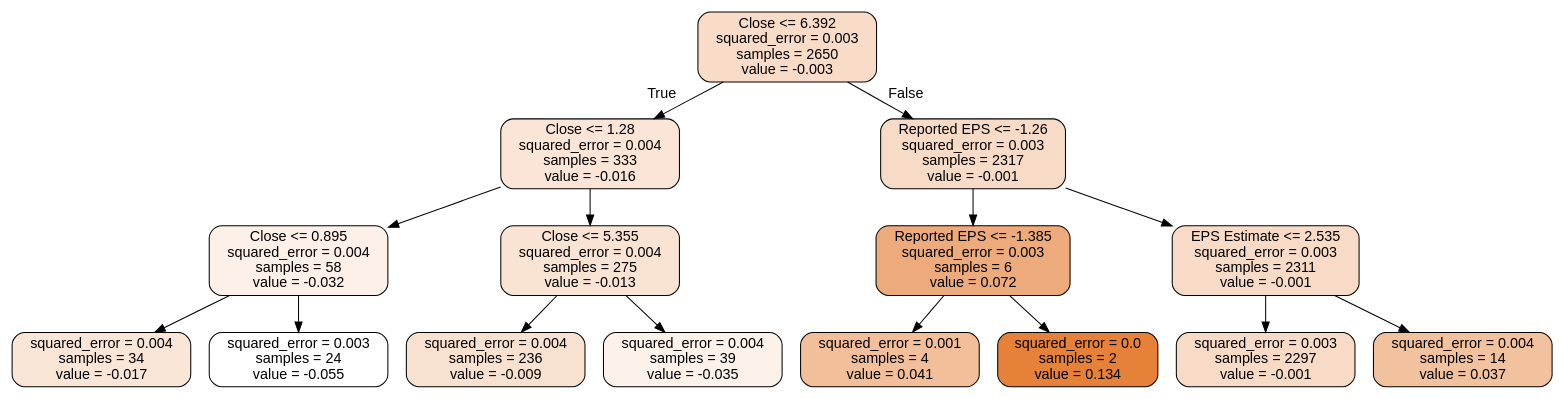
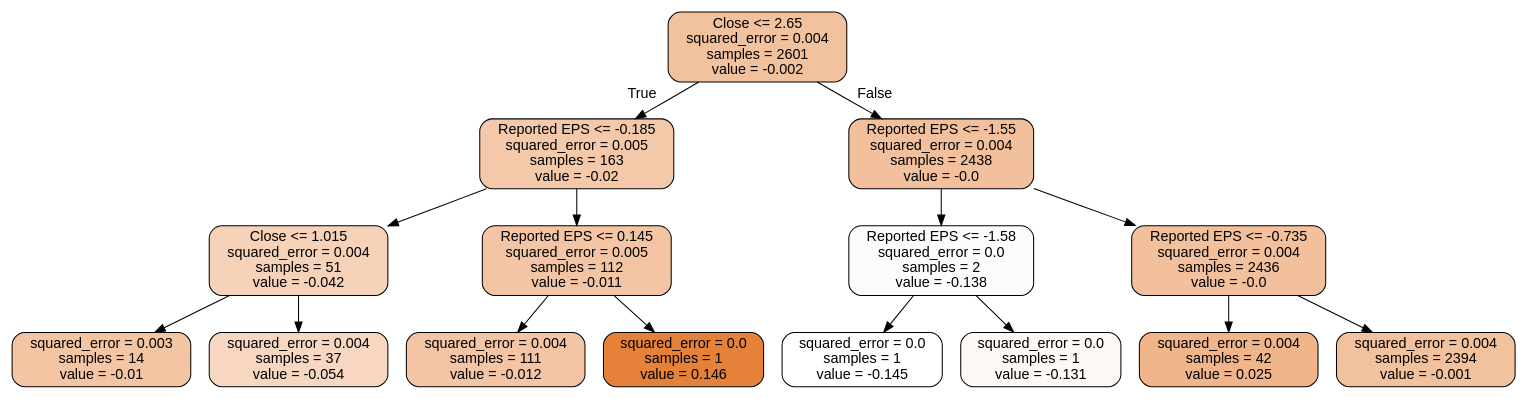
Before and after one commit to brigittesullivan/eps-stock-market-ml-project: the diagram in tree.dot, drawn with Graphviz. The commit also changed 10 other files, not shown here.

```diff
--- a/tree.dot
+++ b/tree.dot
@@ -1,33 +1,33 @@
 digraph Tree {
 node [shape=box, style="filled, rounded", color="black", fontname="helvetica"] ;
 edge [fontname="helvetica"] ;
-0 [label="Close <= 6.392\nsquared_error = 0.003\nsamples = 2650\nvalue = -0.003", fillcolor="#f8dcc8"] ;
-1 [label="Close <= 1.28\nsquared_error = 0.004\nsamples = 333\nvalue = -0.016", fillcolor="#fae5d7"] ;
+0 [label="Close <= 2.65\nsquared_error = 0.004\nsamples = 2601\nvalue = -0.002", fillcolor="#f2c19e"] ;
+1 [label="Reported EPS <= -0.185\nsquared_error = 0.005\nsamples = 163\nvalue = -0.02", fillcolor="#f4c9aa"] ;
 0 -> 1 [labeldistance=2.5, labelangle=45, headlabel="True"] ;
-2 [label="Close <= 0.895\nsquared_error = 0.004\nsamples = 58\nvalue = -0.032", fillcolor="#fcf0e8"] ;
+2 [label="Close <= 1.015\nsquared_error = 0.004\nsamples = 51\nvalue = -0.042", fillcolor="#f6d2b9"] ;
 1 -> 2 ;
-3 [label="squared_error = 0.004\nsamples = 34\nvalue = -0.017", fillcolor="#fae6d7"] ;
+3 [label="squared_error = 0.003\nsamples = 14\nvalue = -0.01", fillcolor="#f3c5a3"] ;
 2 -> 3 ;
-4 [label="squared_error = 0.003\nsamples = 24\nvalue = -0.055", fillcolor="#ffffff"] ;
+4 [label="squared_error = 0.004\nsamples = 37\nvalue = -0.054", fillcolor="#f7d7c1"] ;
 2 -> 4 ;
-5 [label="Close <= 5.355\nsquared_error = 0.004\nsamples = 275\nvalue = -0.013", fillcolor="#f9e3d3"] ;
+5 [label="Reported EPS <= 0.145\nsquared_error = 0.005\nsamples = 112\nvalue = -0.011", fillcolor="#f3c5a4"] ;
 1 -> 5 ;
-6 [label="squared_error = 0.004\nsamples = 236\nvalue = -0.009", fillcolor="#f9e1cf"] ;
+6 [label="squared_error = 0.004\nsamples = 111\nvalue = -0.012", fillcolor="#f3c5a5"] ;
 5 -> 6 ;
-7 [label="squared_error = 0.004\nsamples = 39\nvalue = -0.035", fillcolor="#fcf2ea"] ;
+7 [label="squared_error = 0.0\nsamples = 1\nvalue = 0.146", fillcolor="#e58139"] ;
 5 -> 7 ;
-8 [label="Reported EPS <= -1.26\nsquared_error = 0.003\nsamples = 2317\nvalue = -0.001", fillcolor="#f8dbc6"] ;
+8 [label="Reported EPS <= -1.55\nsquared_error = 0.004\nsamples = 2438\nvalue = -0.0", fillcolor="#f2c09d"] ;
 0 -> 8 [labeldistance=2.5, labelangle=-45, headlabel="False"] ;
-9 [label="Reported EPS <= -1.385\nsquared_error = 0.003\nsamples = 6\nvalue = 0.072", fillcolor="#edaa7a"] ;
+9 [label="Reported EPS <= -1.58\nsquared_error = 0.0\nsamples = 2\nvalue = -0.138", fillcolor="#fefcfa"] ;
 8 -> 9 ;
-10 [label="squared_error = 0.001\nsamples = 4\nvalue = 0.041", fillcolor="#f2bf9a"] ;
+10 [label="squared_error = 0.0\nsamples = 1\nvalue = -0.145", fillcolor="#ffffff"] ;
 9 -> 10 ;
-11 [label="squared_error = 0.0\nsamples = 2\nvalue = 0.134", fillcolor="#e58139"] ;
+11 [label="squared_error = 0.0\nsamples = 1\nvalue = -0.131", fillcolor="#fef9f5"] ;
 9 -> 11 ;
-12 [label="EPS Estimate <= 2.535\nsquared_error = 0.003\nsamples = 2311\nvalue = -0.001", fillcolor="#f8dbc7"] ;
+12 [label="Reported EPS <= -0.735\nsquared_error = 0.004\nsamples = 2436\nvalue = -0.0", fillcolor="#f2c09d"] ;
 8 -> 12 ;
-13 [label="squared_error = 0.003\nsamples = 2297\nvalue = -0.001", fillcolor="#f8dbc7"] ;
+13 [label="squared_error = 0.004\nsamples = 42\nvalue = 0.025", fillcolor="#f0b58b"] ;
 12 -> 13 ;
-14 [label="squared_error = 0.004\nsamples = 14\nvalue = 0.037", fillcolor="#f2c29f"] ;
+14 [label="squared_error = 0.004\nsamples = 2394\nvalue = -0.001", fillcolor="#f2c19d"] ;
 12 -> 14 ;
 }
```
